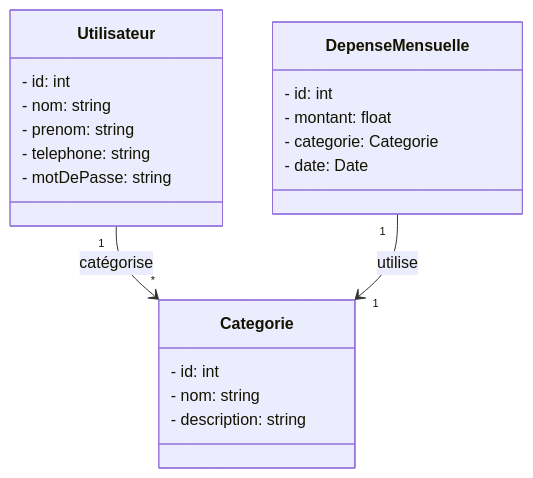
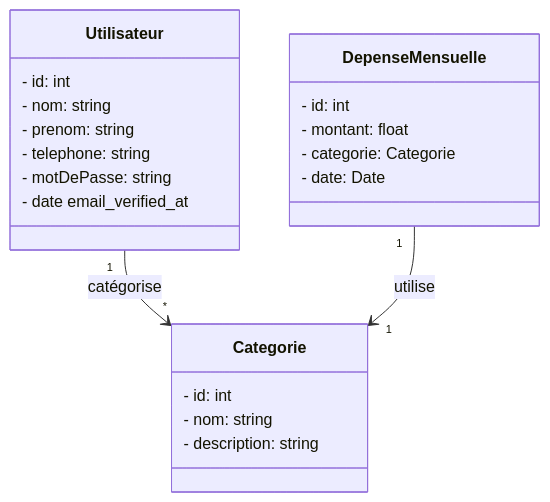
One commit to DevZakariaAz/Projet_fil_rouge changed the diagram in UseCase_Sprint1/Use_Case.mermaid. Above: the diagram before and after it, drawn with Mermaid.

Commit message:
use case

```diff
--- a/UseCase_Sprint1/Use_Case.mermaid
+++ b/UseCase_Sprint1/Use_Case.mermaid
@@ -1,24 +1,25 @@
 classDiagram
     class Utilisateur {
         - id: int
         - nom: string
         - prenom: string
         - telephone: string
         - motDePasse: string
+        - date email_verified_at
     }
 
     class Categorie {
         - id: int
         - nom: string
         - description: string
     }
 
     class DepenseMensuelle {
         - id: int
         - montant: float
         - categorie: Categorie
         - date: Date
     }
 
     Utilisateur "1" --> "*" Categorie : catégorise
     DepenseMensuelle "1" --> "1" Categorie : utilise
```
